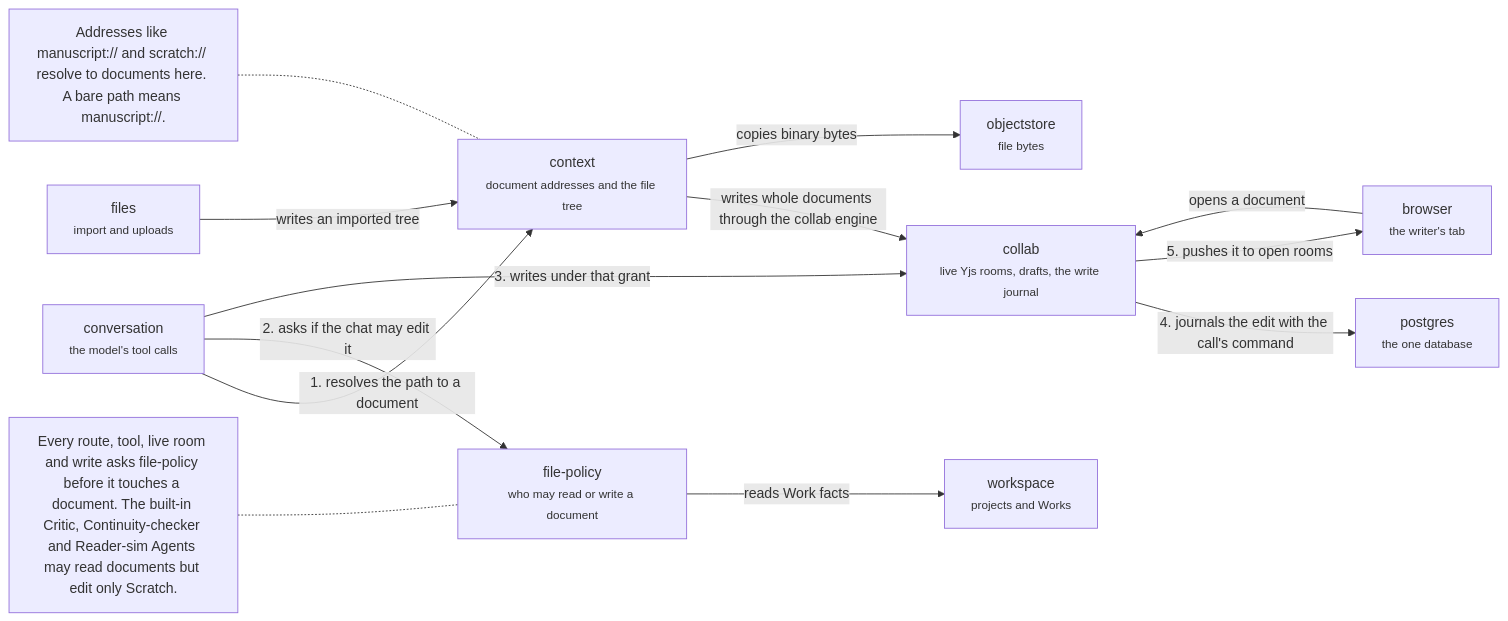
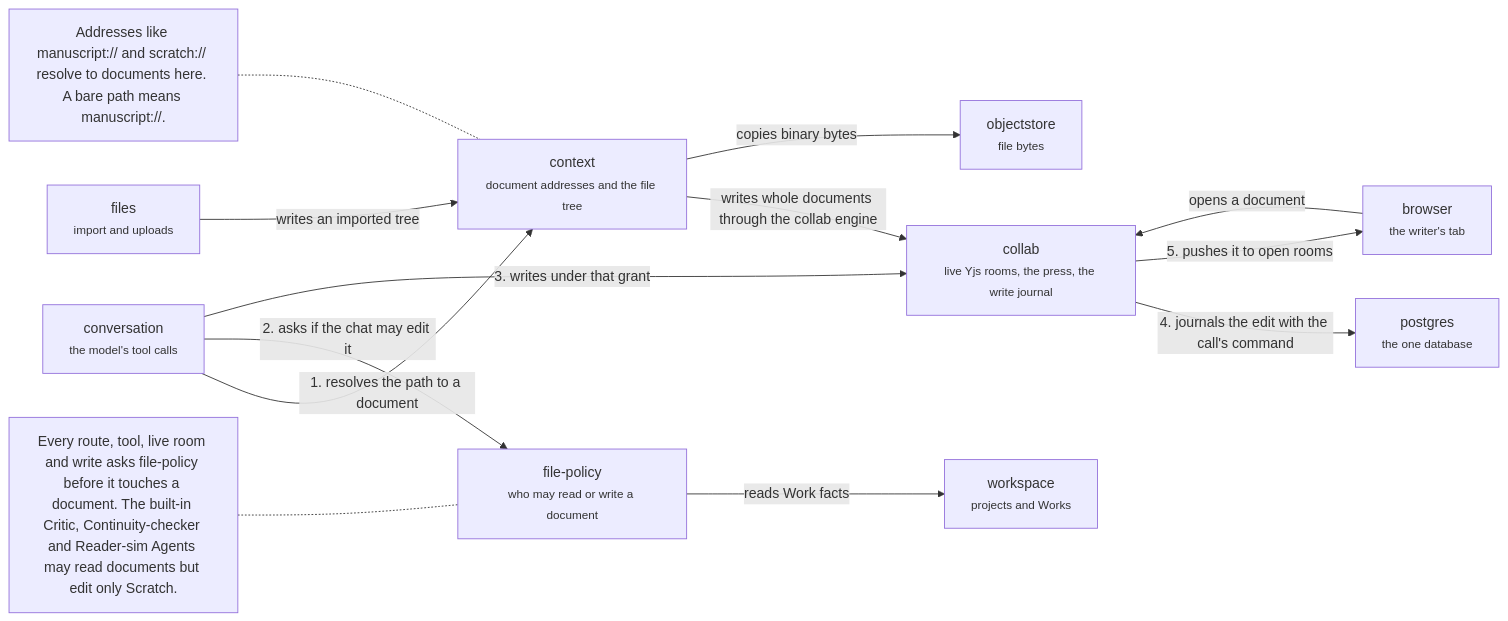
The diagram in .context/system-architecture/server-documents.md (haowjy/meridian-flow), drawn with Mermaid before and after one commit. The commit also changed other lines of this file and 75 other files, not shown here.

````diff
--- a/.context/system-architecture/server-documents.md
+++ b/.context/system-architecture/server-documents.md
@@ -5,26 +5,26 @@
 ```mermaid
 flowchart LR
-  collab["collab<br/><small>live Yjs rooms, drafts, the write journal</small>"]:::domain
+  collab["collab<br/><small>live Yjs rooms, the press, the write journal</small>"]:::domain
   context["context<br/><small>document addresses and the file tree</small>"]:::domain
   file-policy["file-policy<br/><small>who may read or write a document</small>"]:::domain
   conversation["conversation<br/><small>the model's tool calls</small>"]:::context
   workspace["workspace<br/><small>projects and Works</small>"]:::context
   files["files<br/><small>import and uploads</small>"]:::context
   browser["browser<br/><small>the writer's tab</small>"]:::context
   postgres["postgres<br/><small>the one database</small>"]:::context
   objectstore["objectstore<br/><small>file bytes</small>"]:::context
   conversation -->|"1. resolves the path to a document"| context
   conversation -->|"2. asks if the chat may edit it"| file-policy
   conversation -->|"3. writes under that grant"| collab
   collab -->|"4. journals the edit with the call's command"| postgres
   collab -->|"5. pushes it to open rooms"| browser
   browser -->|"opens a document"| collab
   file-policy -->|"reads Work facts"| workspace
   context -->|"writes whole documents through the collab engine"| collab
   files -->|"writes an imported tree"| context
   context -->|"copies binary bytes"| objectstore
   note1["Every route, tool, live room and write asks file-policy before it touches a document. The built-in Critic, Continuity-checker and Reader-sim Agents may read documents but edit only Scratch."]:::note
   note1 -.- file-policy
   note2["Addresses like manuscript:// and scratch:// resolve to documents here. A bare path means manuscript://."]:::note
   note2 -.- context
 ```
````
